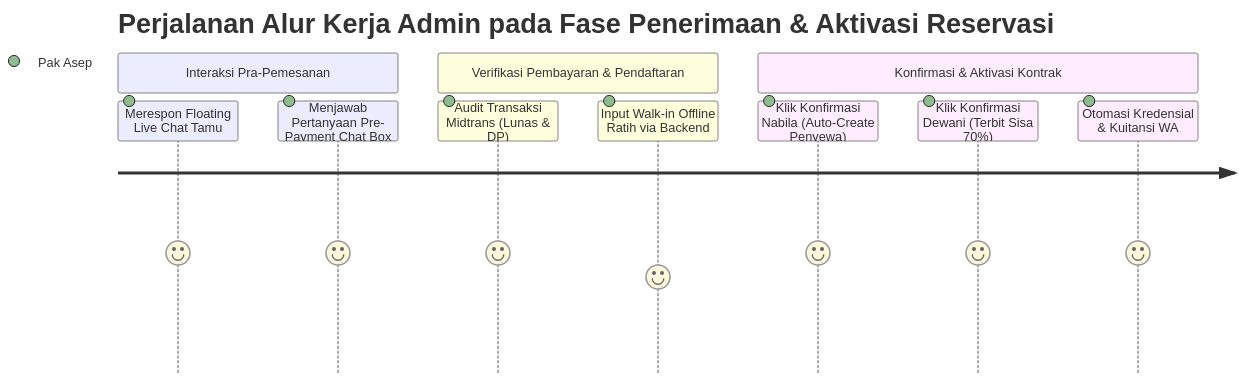
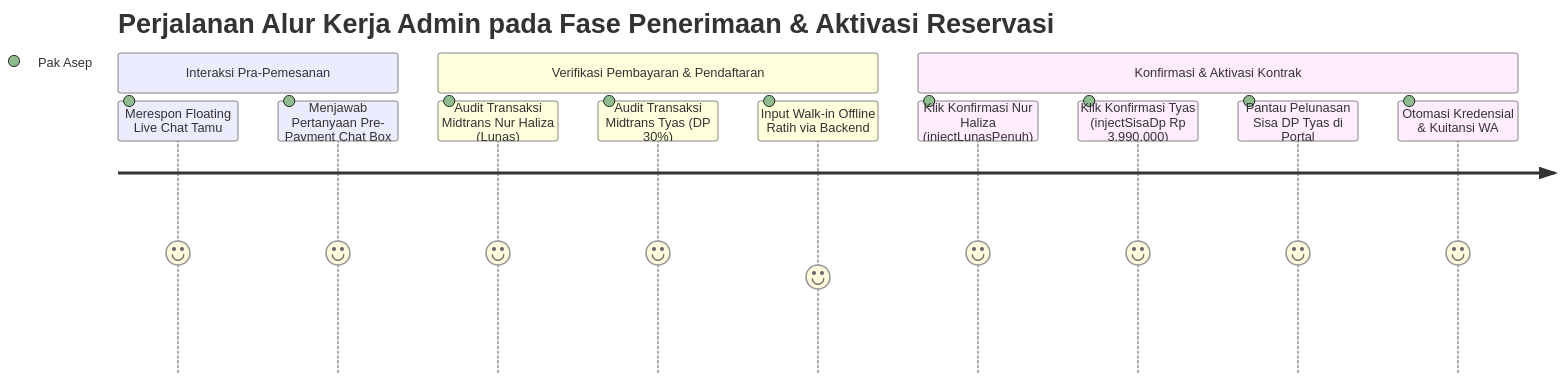
The second of 5 diagrams in Blueprint/Skenario_Cerita_Reservasi_Admin.md (rafifarsyapradiva/asri-boarding-house), drawn with Mermaid before and after one commit. The commit also changed other lines of this file and 22 other files, not shown here.

Commit message:
docs(blueprint): harmonisasi skenario penyewa & admin, panduan demo sidang skripsi data riil produksi live, dan finalisasi 9 diagram visual v247.0

````diff
--- a/Blueprint/Skenario_Cerita_Reservasi_Admin.md
+++ b/Blueprint/Skenario_Cerita_Reservasi_Admin.md
@@ -56,14 +61,16 @@
 ```mermaid
 journey
     title Perjalanan Alur Kerja Admin pada Fase Penerimaan & Aktivasi Reservasi
     section Interaksi Pra-Pemesanan
       Merespon Floating Live Chat Tamu: 5: Pak Asep
       Menjawab Pertanyaan Pre-Payment Chat Box: 5: Pak Asep
     section Verifikasi Pembayaran & Pendaftaran
-      Audit Transaksi Midtrans (Lunas & DP): 5: Pak Asep
+      Audit Transaksi Midtrans Nur Haliza (Lunas): 5: Pak Asep
+      Audit Transaksi Midtrans Tyas (DP 30%): 5: Pak Asep
       Input Walk-in Offline Ratih via Backend: 4: Pak Asep
     section Konfirmasi & Aktivasi Kontrak
-      Klik Konfirmasi Nabila (Auto-Create Penyewa): 5: Pak Asep
-      Klik Konfirmasi Dewani (Terbit Sisa 70%): 5: Pak Asep
+      Klik Konfirmasi Nur Haliza (injectLunasPenuh): 5: Pak Asep
+      Klik Konfirmasi Tyas (injectSisaDp Rp 3.990.000): 5: Pak Asep
+      Pantau Pelunasan Sisa DP Tyas di Portal: 5: Pak Asep
       Otomasi Kredensial & Kuitansi WA: 5: Pak Asep
 ```
````
